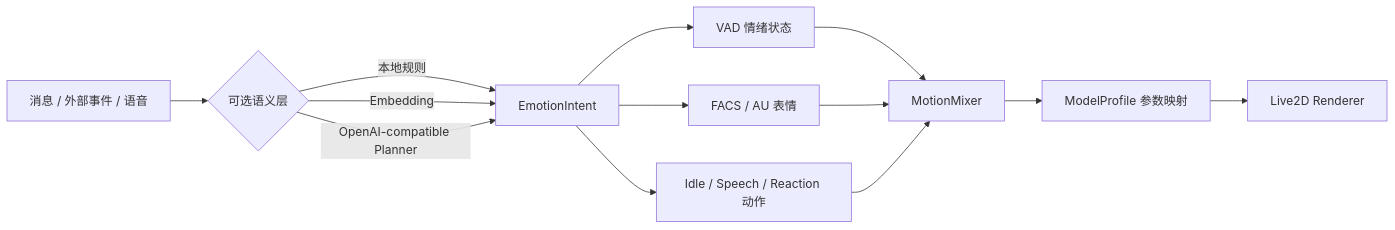
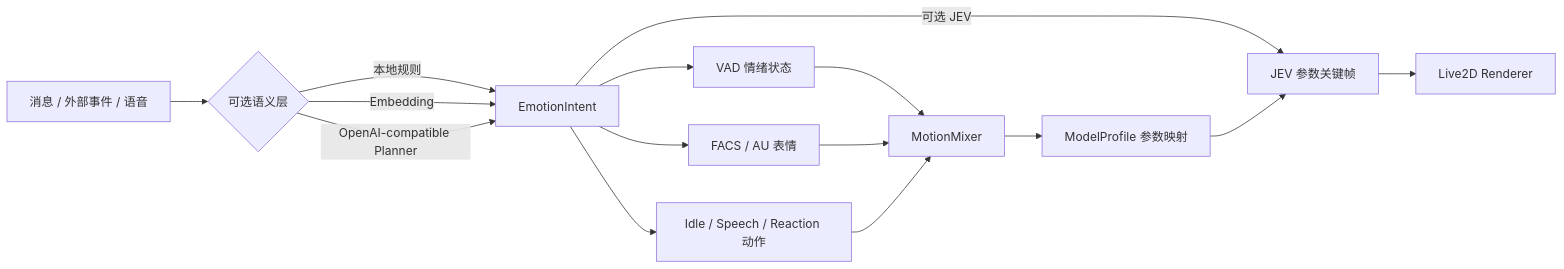
The diagram in README.md (nanlingyin/soullink-emotion-sdk), drawn with Mermaid before and after one commit. The commit also changed other lines of this file and 4 other files, not shown here.

````diff
--- a/README.md
+++ b/README.md
@@ -71,15 +74,17 @@
 ```mermaid
 flowchart LR
     A[消息 / 外部事件 / 语音] --> B{可选语义层}
     B -->|本地规则| C[EmotionIntent]
     B -->|Embedding| C
     B -->|OpenAI-compatible Planner| C
     C --> D[VAD 情绪状态]
     C --> E[FACS / AU 表情]
     C --> F[Idle / Speech / Reaction 动作]
+    C -->|可选 JEV| J[JEV 参数关键帧]
     D --> G[MotionMixer]
     E --> G
     F --> G
     G --> H[ModelProfile 参数映射]
-    H --> I[Live2D Renderer]
+    H --> J
+    J --> I[Live2D Renderer]
 ```
````
